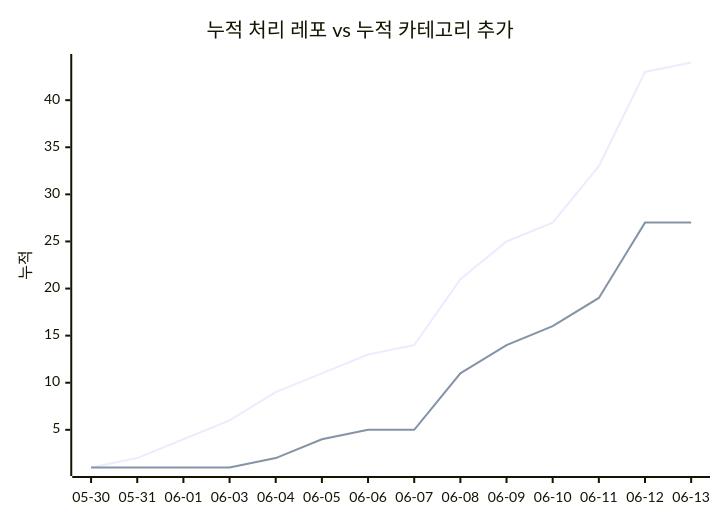
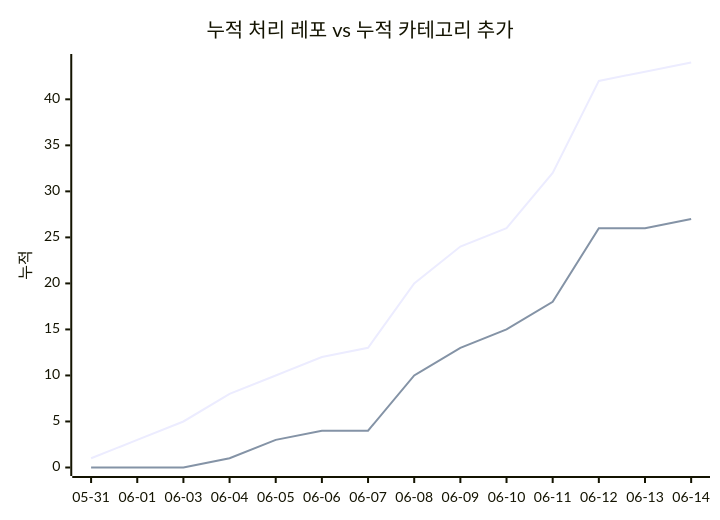
One commit to J-nowcow/awesome-korean-agent-skills changed the second of 2 diagrams in docs/trends.md. Above: the diagram before and after it, drawn with Mermaid. The commit also changed other lines of this file and 4 other files, not shown here.

````diff
--- a/docs/trends.md
+++ b/docs/trends.md
@@ -68,8 +68,8 @@
 ```mermaid
 xychart-beta
     title "누적 처리 레포 vs 누적 카테고리 추가"
-    x-axis ["05-30","05-31","06-01","06-03","06-04","06-05","06-06","06-07","06-08","06-09","06-10","06-11","06-12","06-13"]
+    x-axis ["05-31","06-01","06-03","06-04","06-05","06-06","06-07","06-08","06-09","06-10","06-11","06-12","06-13","06-14"]
     y-axis "누적"
-    line [1,2,4,6,9,11,13,14,21,25,27,33,43,44]
-    line [1,1,1,1,2,4,5,5,11,14,16,19,27,27]
+    line [1,3,5,8,10,12,13,20,24,26,32,42,43,44]
+    line [0,0,0,1,3,4,4,10,13,15,18,26,26,27]
 ```
````
